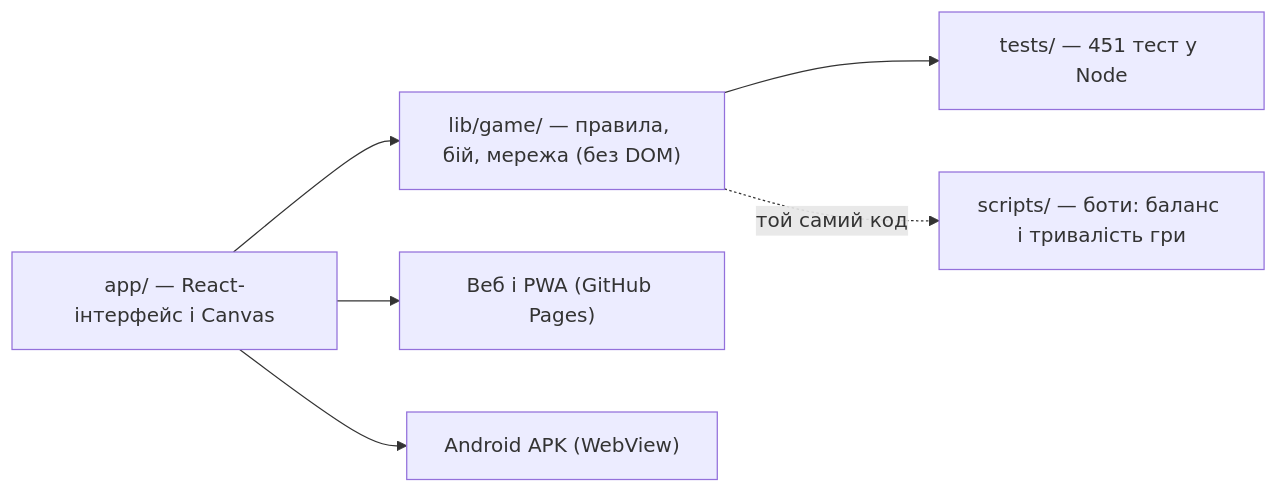
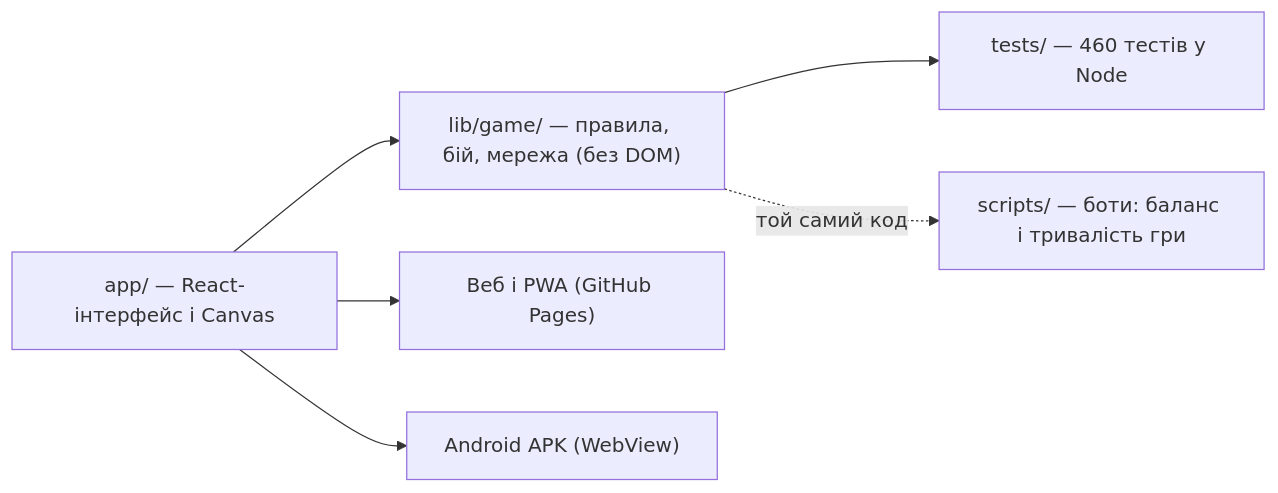
The first of 2 diagrams in README.md (valera99686/osbb-end-of-world), drawn with Mermaid before and after one commit. The commit also changed other lines of this file and 44 other files, not shown here.

````diff
--- a/README.md
+++ b/README.md
@@ -195,8 +195,8 @@
 ```mermaid
 flowchart LR
   UI["app/ — React-інтерфейс і Canvas"] --> Core["lib/game/ — правила, бій, мережа (без DOM)"]
-  Core --> Tests["tests/ — 451 тест у Node"]
+  Core --> Tests["tests/ — 460 тестів у Node"]
   Core -. "той самий код" .-> Bots["scripts/ — боти: баланс і тривалість гри"]
   UI --> Web["Веб і PWA (GitHub Pages)"]
   UI --> APK["Android APK (WebView)"]
 ```
````
